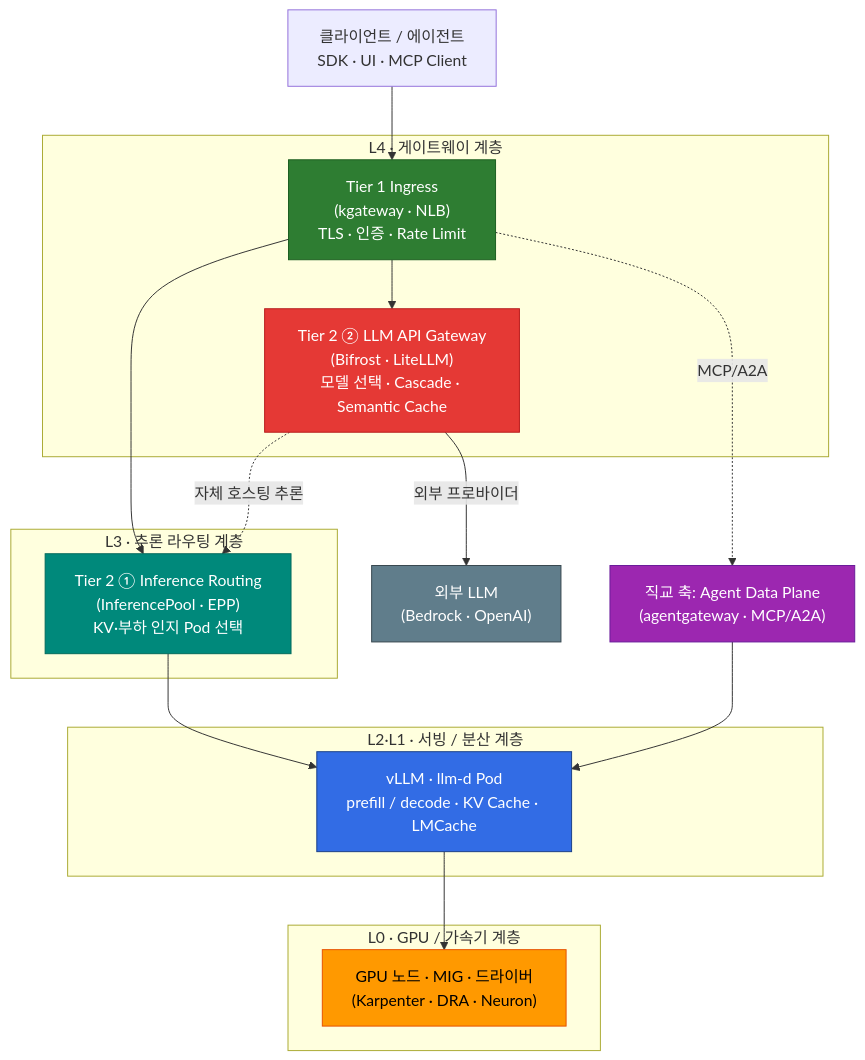
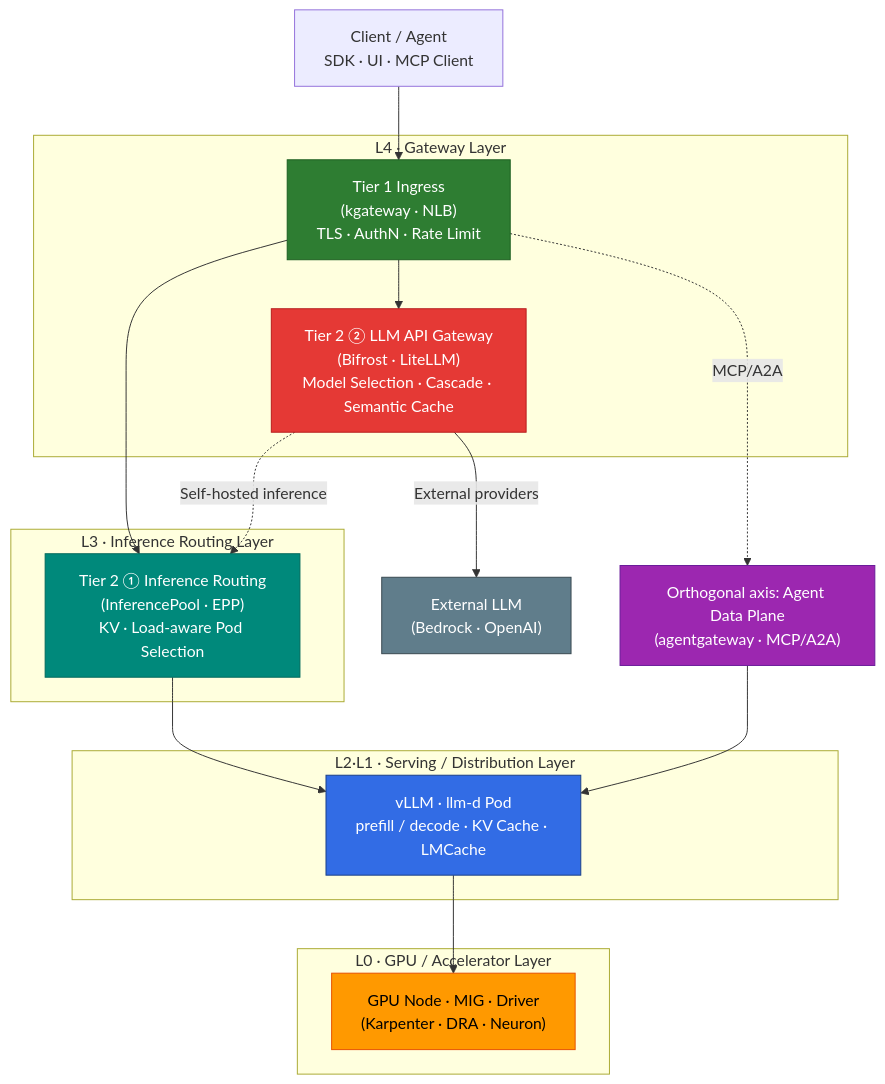
Before and after one commit to devfloor9/engineering-playbook: the diagram in docs/agentic-ai-platform/model-serving/index.md, drawn with Mermaid. The commit also changed other lines of this file and 954 other files, not shown here.

````diff
--- a/docs/agentic-ai-platform/model-serving/index.md
+++ b/docs/agentic-ai-platform/model-serving/index.md
@@ -75,41 +75,41 @@
 ```mermaid
 flowchart TB
-    CLIENT["클라이언트 / 에이전트<br/>SDK · UI · MCP Client"]
+    CLIENT["Client / Agent<br/>SDK · UI · MCP Client"]
 
-    subgraph L4["L4 · 게이트웨이 계층"]
-        T1["Tier 1 Ingress<br/>(kgateway · NLB)<br/>TLS · 인증 · Rate Limit"]
-        T2B["Tier 2 ② LLM API Gateway<br/>(Bifrost · LiteLLM)<br/>모델 선택 · Cascade · Semantic Cache"]
+    subgraph L4["L4 · Gateway Layer"]
+        T1["Tier 1 Ingress<br/>(kgateway · NLB)<br/>TLS · AuthN · Rate Limit"]
+        T2B["Tier 2 ② LLM API Gateway<br/>(Bifrost · LiteLLM)<br/>Model Selection · Cascade · Semantic Cache"]
     end
 
-    subgraph L3["L3 · 추론 라우팅 계층"]
-        T2A["Tier 2 ① Inference Routing<br/>(InferencePool · EPP)<br/>KV·부하 인지 Pod 선택"]
+    subgraph L3["L3 · Inference Routing Layer"]
+        T2A["Tier 2 ① Inference Routing<br/>(InferencePool · EPP)<br/>KV · Load-aware Pod Selection"]
     end
 
-    subgraph L2L1["L2·L1 · 서빙 / 분산 계층"]
+    subgraph L2L1["L2·L1 · Serving / Distribution Layer"]
         POD["vLLM · llm-d Pod<br/>prefill / decode · KV Cache · LMCache"]
     end
 
-    subgraph L0["L0 · GPU / 가속기 계층"]
-        GPU["GPU 노드 · MIG · 드라이버<br/>(Karpenter · DRA · Neuron)"]
+    subgraph L0["L0 · GPU / Accelerator Layer"]
+        GPU["GPU Node · MIG · Driver<br/>(Karpenter · DRA · Neuron)"]
     end
 
-    ADP["직교 축: Agent Data Plane<br/>(agentgateway · MCP/A2A)"]
+    ADP["Orthogonal axis: Agent Data Plane<br/>(agentgateway · MCP/A2A)"]
 
     CLIENT --> T1
     T1 --> T2B
     T1 --> T2A
     T1 -.MCP/A2A.-> ADP
-    T2B -.자체 호스팅 추론.-> T2A
-    T2B -->|외부 프로바이더| EXT["외부 LLM<br/>(Bedrock · OpenAI)"]
+    T2B -.Self-hosted inference.-> T2A
+    T2B -->|External providers| EXT["External LLM<br/>(Bedrock · OpenAI)"]
     T2A --> POD
     ADP --> POD
     POD --> GPU
 
     style T1 fill:#2e7d32,stroke:#1b5e20,color:#fff
     style T2B fill:#e53935,stroke:#b71c1c,color:#fff
     style T2A fill:#00897b,stroke:#00695c,color:#fff
     style POD fill:#326ce5,stroke:#1a3f87,color:#fff
     style GPU fill:#ff9900,stroke:#e65100,color:#000
     style ADP fill:#9c27b0,stroke:#6a1b9a,color:#fff
     style EXT fill:#607d8b,stroke:#37474f,color:#fff
 ```
````
